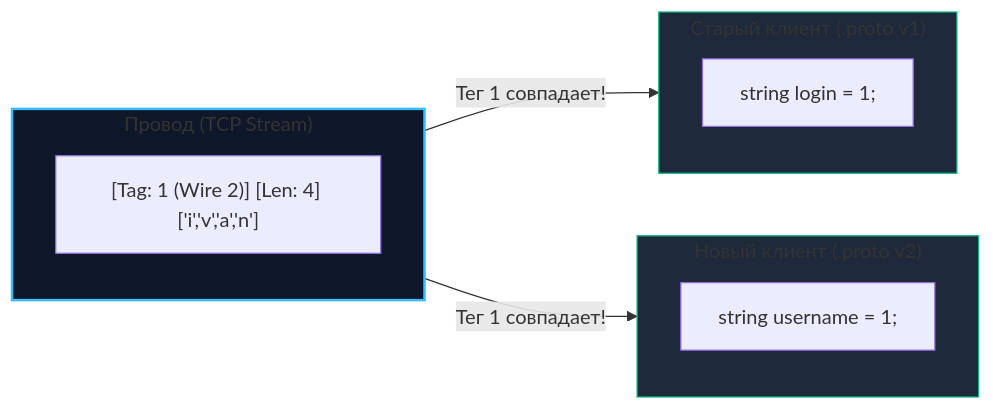
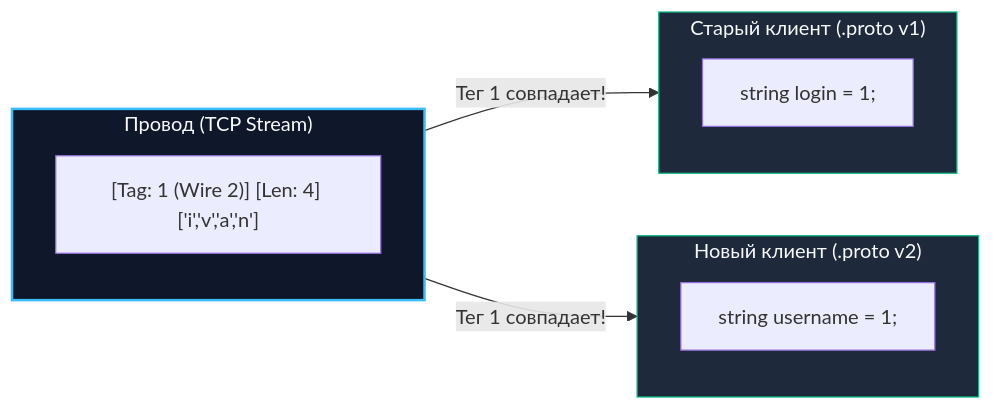
Before and after one commit to UnrealTemplier/go-textbook: the second of 3 diagrams in sources/10. Проектирование API и Сетевые протоколы/27. Backward compatibility.md, drawn with Mermaid. The commit also changed other lines of this file and 310 other files, not shown here.

First line of the commit message:
fix(mermaid): replace light fill colors with dark palette for readability on dark theme

````diff
--- a/sources/10. Проектирование API и Сетевые протоколы/27. Backward compatibility.md
+++ b/sources/10. Проектирование API и Сетевые протоколы/27. Backward compatibility.md
@@ -94,21 +94,21 @@
 ```mermaid
 flowchart LR
     subgraph Wire ["Провод (TCP Stream)"]
         B["[Tag: 1 (Wire 2)] [Len: 4] ['i','v','a','n']"]
     end
 
     subgraph ProtoOld ["Старый клиент (.proto v1)"]
         F1["string login = 1;"]
     end
 
     subgraph ProtoNew ["Новый клиент (.proto v2)"]
         F2["string username = 1;"]
     end
 
     Wire -->|"Тег 1 совпадает!"| ProtoOld
     Wire -->|"Тег 1 совпадает!"| ProtoNew
 
-    style Wire fill:#0f172a,stroke:#38bdf8,stroke-width:2px
-    style ProtoOld fill:#1e293b,stroke:#10b981,stroke-width:1px
-    style ProtoNew fill:#1e293b,stroke:#10b981,stroke-width:1px
+    style Wire fill:#0f172a,stroke:#38bdf8,stroke-width:2px,color:#f8fafc
+    style ProtoOld fill:#1e293b,stroke:#10b981,stroke-width:1px,color:#f8fafc
+    style ProtoNew fill:#1e293b,stroke:#10b981,stroke-width:1px,color:#f8fafc
 ```
````
